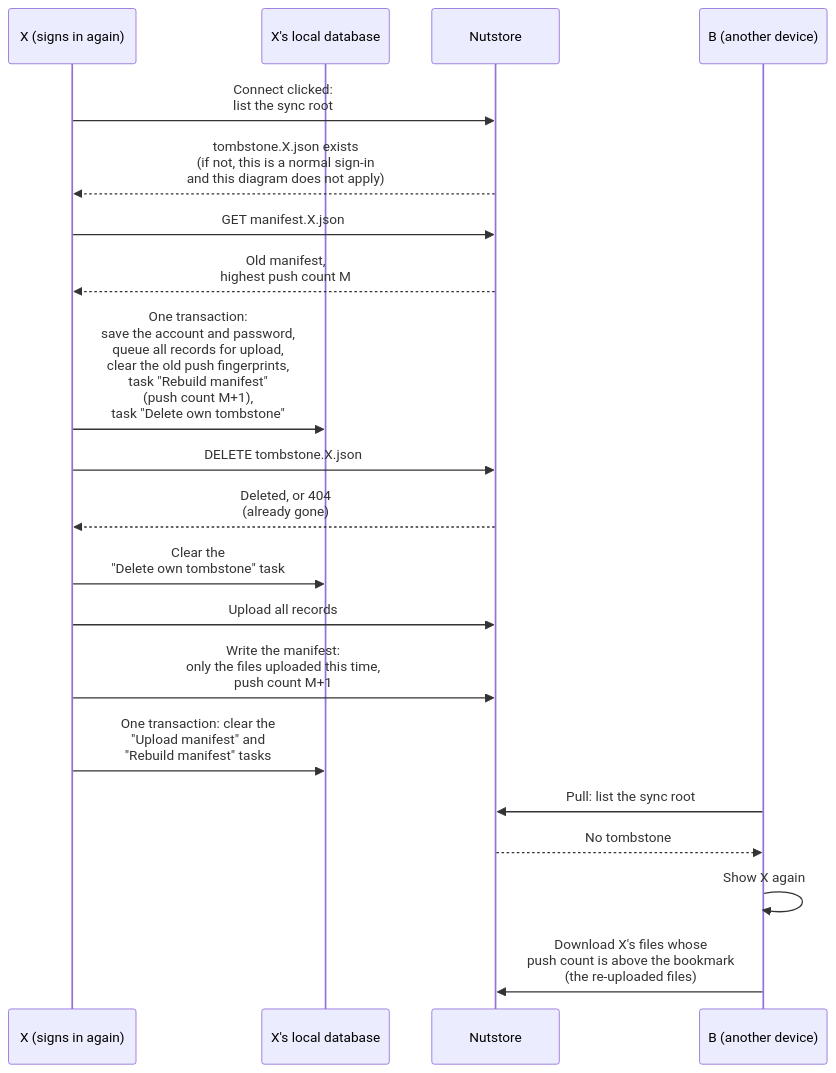
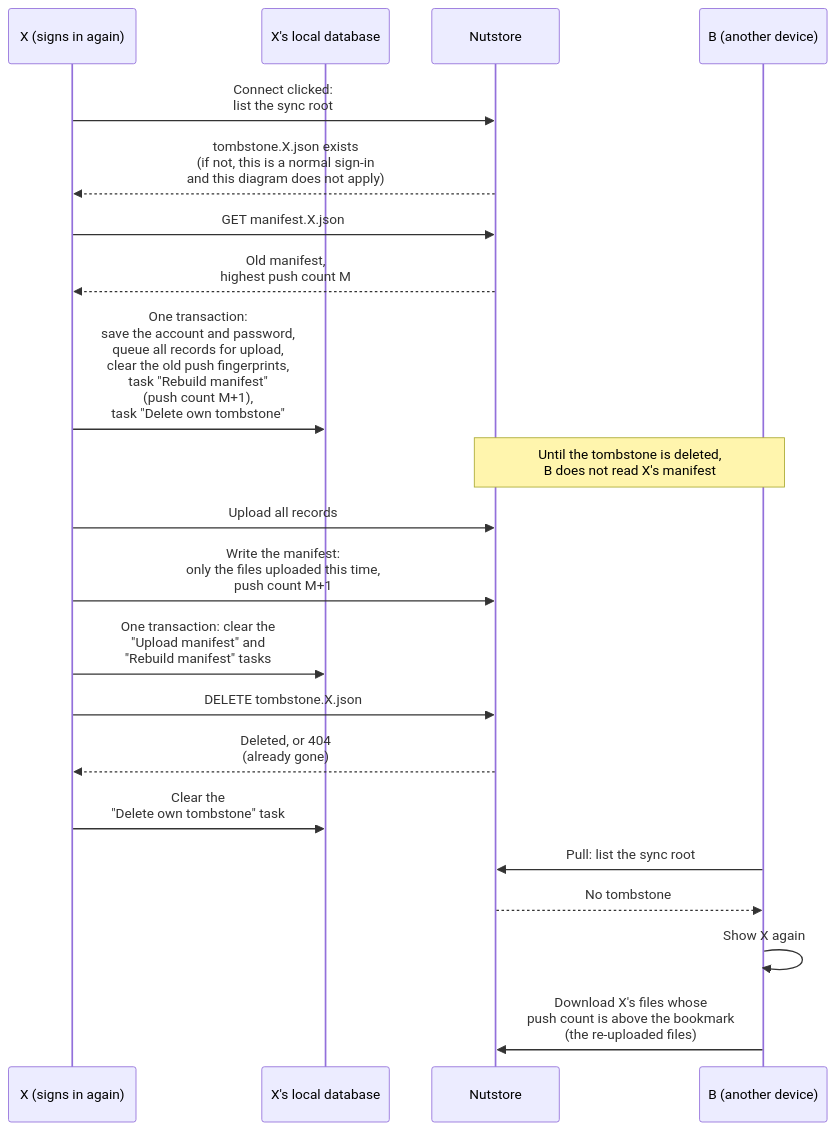
Before and after one commit to Tomotsugu-dev/Hindsight: the fourth of 4 diagrams in docs/adr/0012-webdav-device-tombstone.md, drawn with Mermaid. The commit also changed other lines of this file and 1 other file, not shown here.

First line of the commit message:
docs(adr): delete the tombstone last when a device signs in again

````diff
--- a/docs/adr/0012-webdav-device-tombstone.md
+++ b/docs/adr/0012-webdav-device-tombstone.md
@@ -76,23 +76,24 @@
 ```mermaid
 sequenceDiagram
     participant X as X (signs in again)
     participant D as X's local database
     participant S as Nutstore
     participant B as B (another device)
 
     X->>S: Connect clicked:<br/>list the sync root
     S-->>X: tombstone.X.json exists<br/>(if not, this is a normal sign-in<br/>and this diagram does not apply)
     X->>S: GET manifest.X.json
     S-->>X: Old manifest,<br/>highest push count M
     X->>D: One transaction:<br/>save the account and password,<br/>queue all records for upload,<br/>clear the old push fingerprints,<br/>task "Rebuild manifest"<br/>(push count M+1),<br/>task "Delete own tombstone"
+    Note over S,B: Until the tombstone is deleted,<br/>B does not read X's manifest
+    X->>S: Upload all records
+    X->>S: Write the manifest:<br/>only the files uploaded this time,<br/>push count M+1
+    X->>D: One transaction: clear the<br/>"Upload manifest" and<br/>"Rebuild manifest" tasks
     X->>S: DELETE tombstone.X.json
     S-->>X: Deleted, or 404<br/>(already gone)
     X->>D: Clear the<br/>"Delete own tombstone" task
-    X->>S: Upload all records
-    X->>S: Write the manifest:<br/>only the files uploaded this time,<br/>push count M+1
-    X->>D: One transaction: clear the<br/>"Upload manifest" and<br/>"Rebuild manifest" tasks
     B->>S: Pull: list the sync root
     S-->>B: No tombstone
     B->>B: Show X again
     B->>S: Download X's files whose<br/>push count is above the bookmark<br/>(the re-uploaded files)
 ```
````
